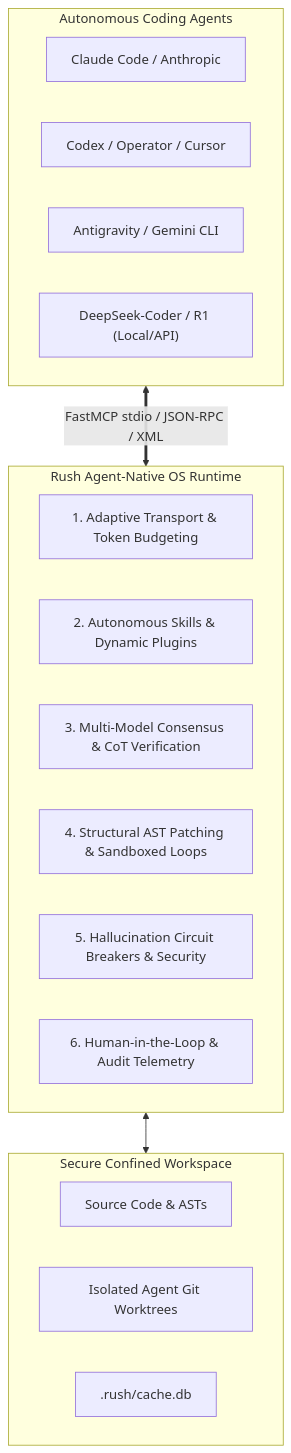
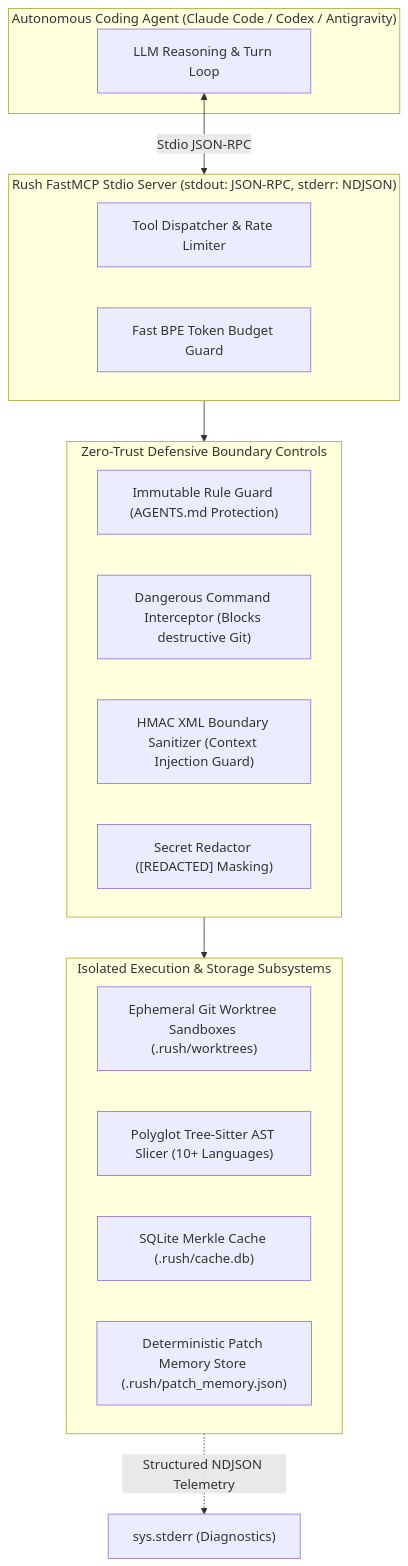
The diagram in docs/developer/brainstorm-agentic-coding-support-plan.md (jamesdsizemore/rush-cli), drawn with Mermaid before and after one commit. The commit also changed other lines of this file and 65 other files, not shown here.

````diff
--- a/docs/developer/brainstorm-agentic-coding-support-plan.md
+++ b/docs/developer/brainstorm-agentic-coding-support-plan.md
@@ -20,27 +24,30 @@
 ```mermaid
 flowchart TD
-  subgraph AgentEcosystem["Autonomous Coding Agents"]
-    Claude["Claude Code / Anthropic"]
-    Codex["Codex / Operator / Cursor"]
-    AGY["Antigravity / Gemini CLI"]
-    DeepSeek["DeepSeek-Coder / R1 (Local/API)"]
+  subgraph AgentClient["Autonomous Coding Agent (Claude Code / Codex / Antigravity)"]
+    AgentPrompt["LLM Reasoning & Turn Loop"]
   end
 
-  subgraph RushAgenticOS["Rush Agent-Native OS Runtime"]
-    Pillar1["1. Adaptive Transport & Token Budgeting"]
-    Pillar2["2. Autonomous Skills & Dynamic Plugins"]
-    Pillar3["3. Multi-Model Consensus & CoT Verification"]
-    Pillar4["4. Structural AST Patching & Sandboxed Loops"]
-    Pillar5["5. Hallucination Circuit Breakers & Security"]
-    Pillar6["6. Human-in-the-Loop & Audit Telemetry"]
+  subgraph FastMCPLayer["Rush FastMCP Stdio Server (stdout: JSON-RPC, stderr: NDJSON)"]
+    MCPRouter["Tool Dispatcher & Rate Limiter"]
+    TokenBudget["Fast BPE Token Budget Guard"]
   end
 
-  subgraph Workspaces["Secure Confined Workspace"]
-    Source["Source Code & ASTs"]
-    GitWorktrees["Isolated Agent Git Worktrees"]
-    CacheDB[".rush/cache.db"]
+  subgraph SecurityBoundaries["Zero-Trust Defensive Boundary Controls"]
+    Guard["Immutable Rule Guard (AGENTS.md Protection)"]
+    Interceptor["Dangerous Command Interceptor (Blocks destructive Git)"]
+    Framing["HMAC XML Boundary Sanitizer (Context Injection Guard)"]
+    Redactor["Secret Redactor ([REDACTED] Masking)"]
   end
 
-  AgentEcosystem <==>|FastMCP stdio / JSON-RPC / XML| RushAgenticOS
-  RushAgenticOS <--> Workspaces
+  subgraph ExecutionEngines["Isolated Execution & Storage Subsystems"]
+    Worktree["Ephemeral Git Worktree Sandboxes (.rush/worktrees)"]
+    CodeGraph["Polyglot Tree-Sitter AST Slicer (10+ Languages)"]
+    Cache["SQLite Merkle Cache (.rush/cache.db)"]
+    Memory["Deterministic Patch Memory Store (.rush/patch_memory.json)"]
+  end
+
+  AgentPrompt <-->|Stdio JSON-RPC| FastMCPLayer
+  FastMCPLayer --> SecurityBoundaries
+  SecurityBoundaries --> ExecutionEngines
+  ExecutionEngines -.->|Structured NDJSON Telemetry| StderrStream["sys.stderr (Diagnostics)"]
 ```
````
